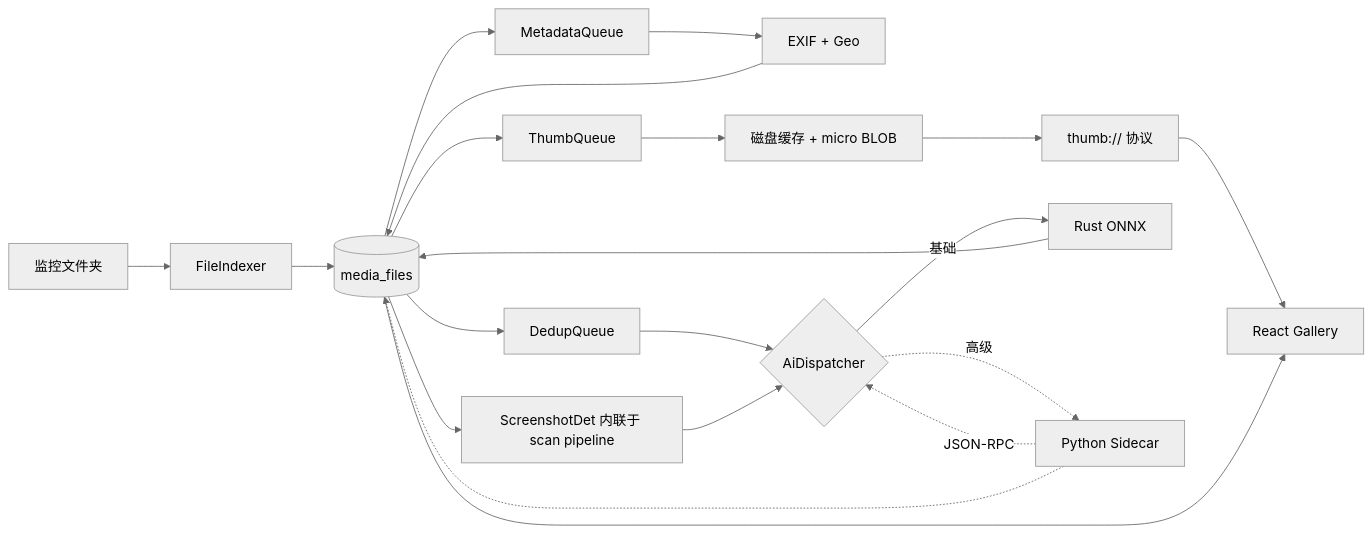
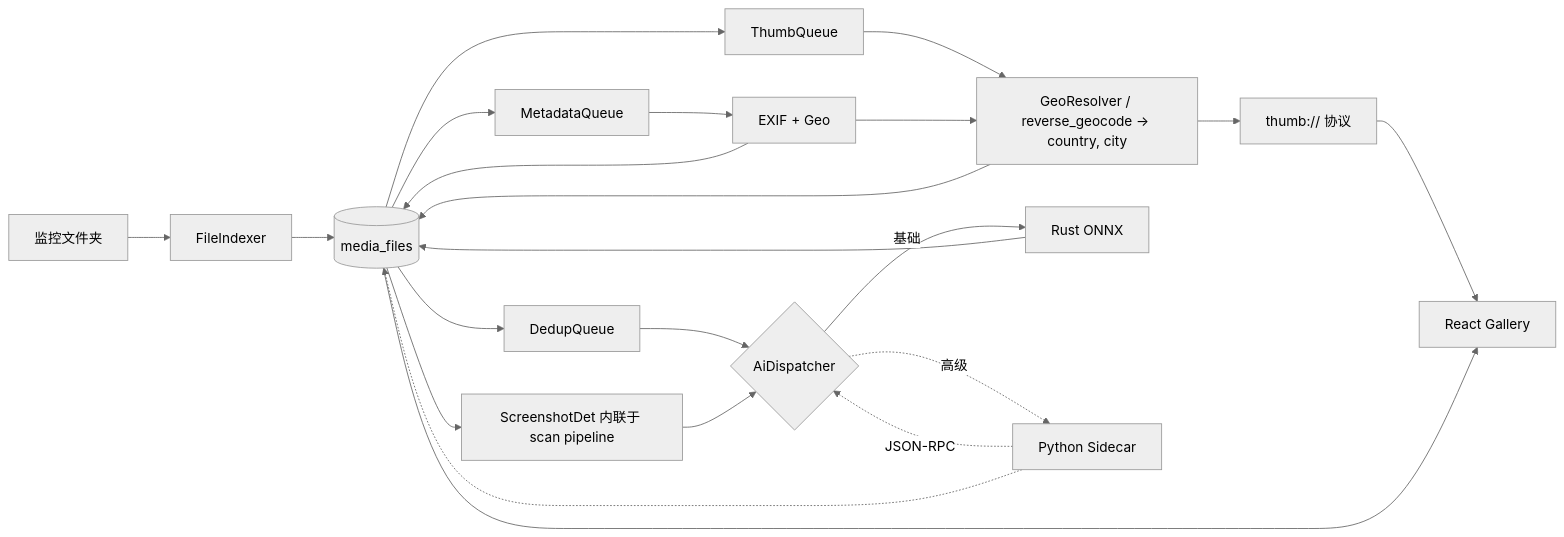
One commit to halft0n/LightFrame changed the first of 11 diagrams in docs/4-detailed-design.md. Above: the diagram before and after it, drawn with Mermaid (neutral theme). The commit also changed other lines of this file and 32 other files, not shown here.

````diff
--- a/docs/4-detailed-design.md
+++ b/docs/4-detailed-design.md
@@ -63,22 +63,24 @@
 ```mermaid
 flowchart LR
     A[监控文件夹] --> B[FileIndexer]
     B --> C[(media_files)]
     C --> D[MetadataQueue]
     D --> E[EXIF + Geo]
     E --> C
     C --> F[ThumbQueue]
     F --> G[磁盘缓存 + micro BLOB]
     C --> H[DedupQueue]
     C --> I[ScreenshotDet 内联于 scan pipeline]
+    E --> G[GeoResolver / reverse_geocode → country, city]
+    G --> C
     G --> J[thumb:// 协议]
     J --> K[React Gallery]
     C --> K
     H --> L{AiDispatcher}
     I --> L
     L -->|基础| M[Rust ONNX]
     L -.->|高级| N[Python Sidecar]
     N -.->|JSON-RPC| L
     M --> C
     N -.-> C
 ```
````
